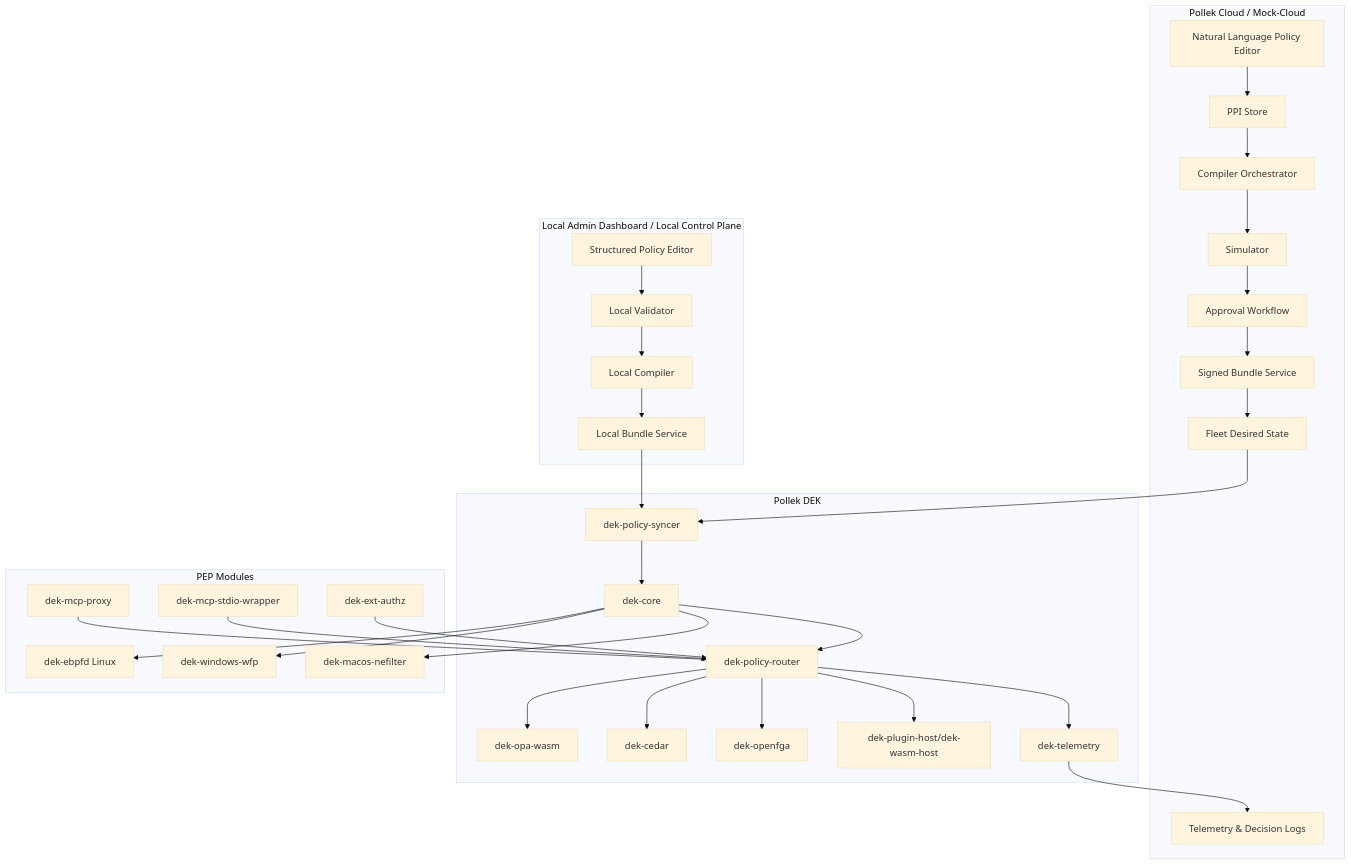
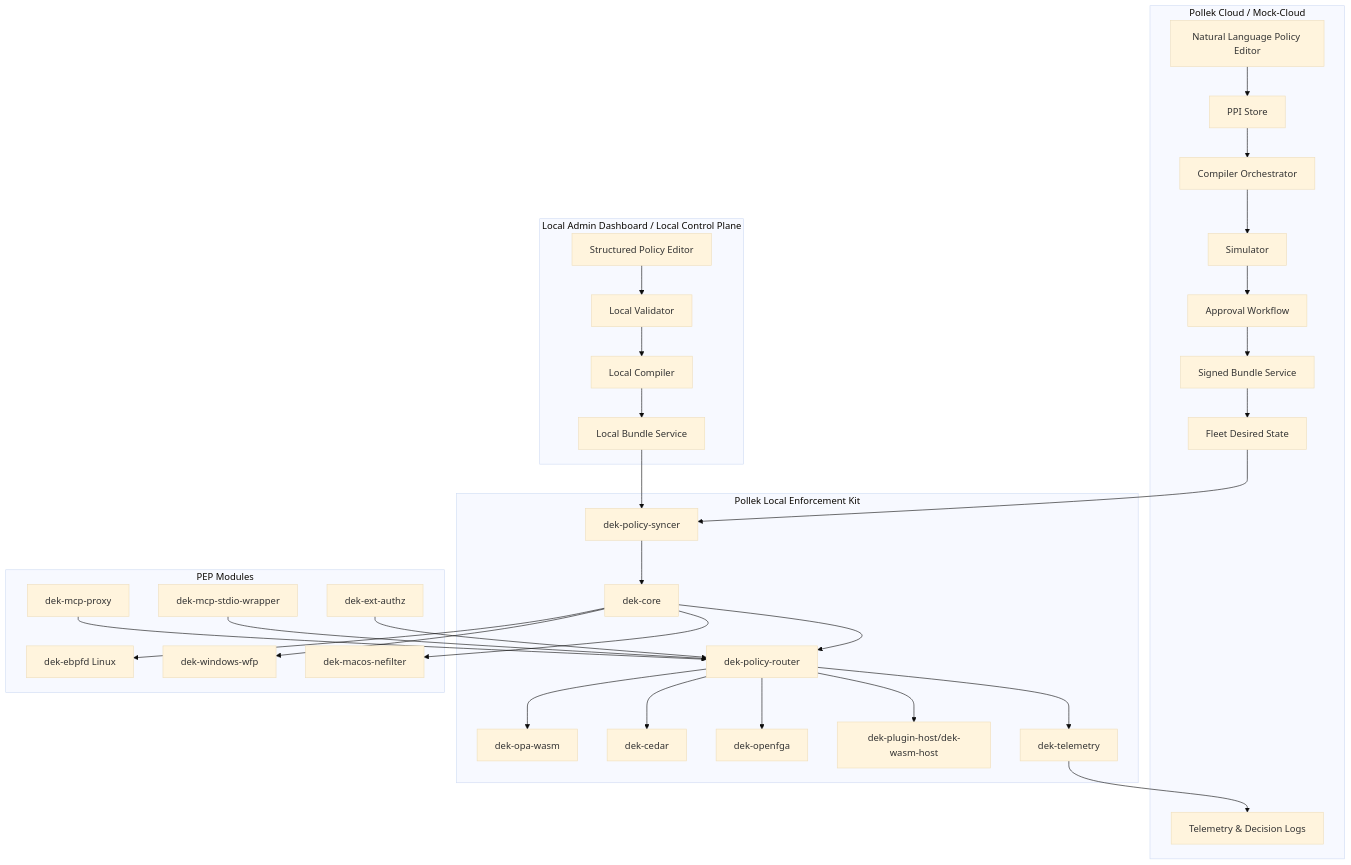
One commit to AECInfraconnect/AntiG_Pollen_DEK changed the sixth of 6 diagrams in docs/design/policy-enforcement-flows.md. Above: the diagram before and after it, drawn with Mermaid (base theme). The commit also changed other lines of this file and 55 other files, not shown here.

Commit message:
Rename DEK to Local Enforcement Kit in docs

````diff
--- a/docs/design/policy-enforcement-flows.md
+++ b/docs/design/policy-enforcement-flows.md
@@ -1812,57 +1812,57 @@
 ```mermaid
 flowchart TB
   subgraph Cloud[Pollek Cloud / Mock-Cloud]
     NL[Natural Language Policy Editor]
     PPI[PPI Store]
     COMP[Compiler Orchestrator]
     SIM[Simulator]
     GOV[Approval Workflow]
     BUNDLE[Signed Bundle Service]
     FLEET[Fleet Desired State]
     LOGS[Telemetry & Decision Logs]
   end
 
   subgraph Local[Local Admin Dashboard / Local Control Plane]
     LUI[Structured Policy Editor]
     LVAL[Local Validator]
     LCOMP[Local Compiler]
     LBUNDLE[Local Bundle Service]
   end
 
-  subgraph DEK[Pollek DEK]
+  subgraph Local Enforcement Kit[Pollek Local Enforcement Kit]
     CORE[dek-core]
     SYNC[dek-policy-syncer]
     ROUTER[dek-policy-router]
     OPA[dek-opa-wasm]
     CEDAR[dek-cedar]
     FGA[dek-openfga]
     PLUGIN[dek-plugin-host/dek-wasm-host]
     TEL[dek-telemetry]
   end
 
   subgraph PEP[PEP Modules]
     MCP[dek-mcp-proxy]
     STDIO[dek-mcp-stdio-wrapper]
     EXT[dek-ext-authz]
     EBPF[dek-ebpfd Linux]
     WFP[dek-windows-wfp]
     NEF[dek-macos-nefilter]
   end
 
   NL --> PPI --> COMP --> SIM --> GOV --> BUNDLE --> FLEET
   LUI --> LVAL --> LCOMP --> LBUNDLE
   FLEET --> SYNC
   LBUNDLE --> SYNC
   SYNC --> CORE --> ROUTER
   ROUTER --> OPA
   ROUTER --> CEDAR
   ROUTER --> FGA
   ROUTER --> PLUGIN
   MCP --> ROUTER
   STDIO --> ROUTER
   EXT --> ROUTER
   CORE --> EBPF
   CORE --> WFP
   CORE --> NEF
   ROUTER --> TEL --> LOGS
 ```
````
